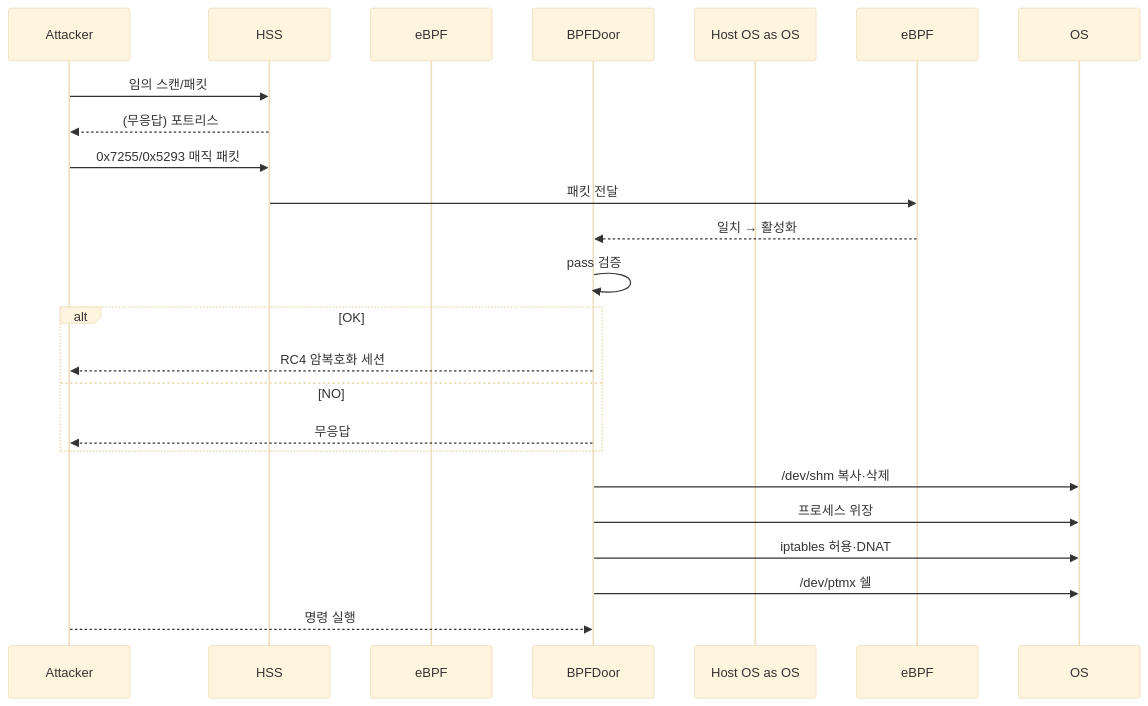
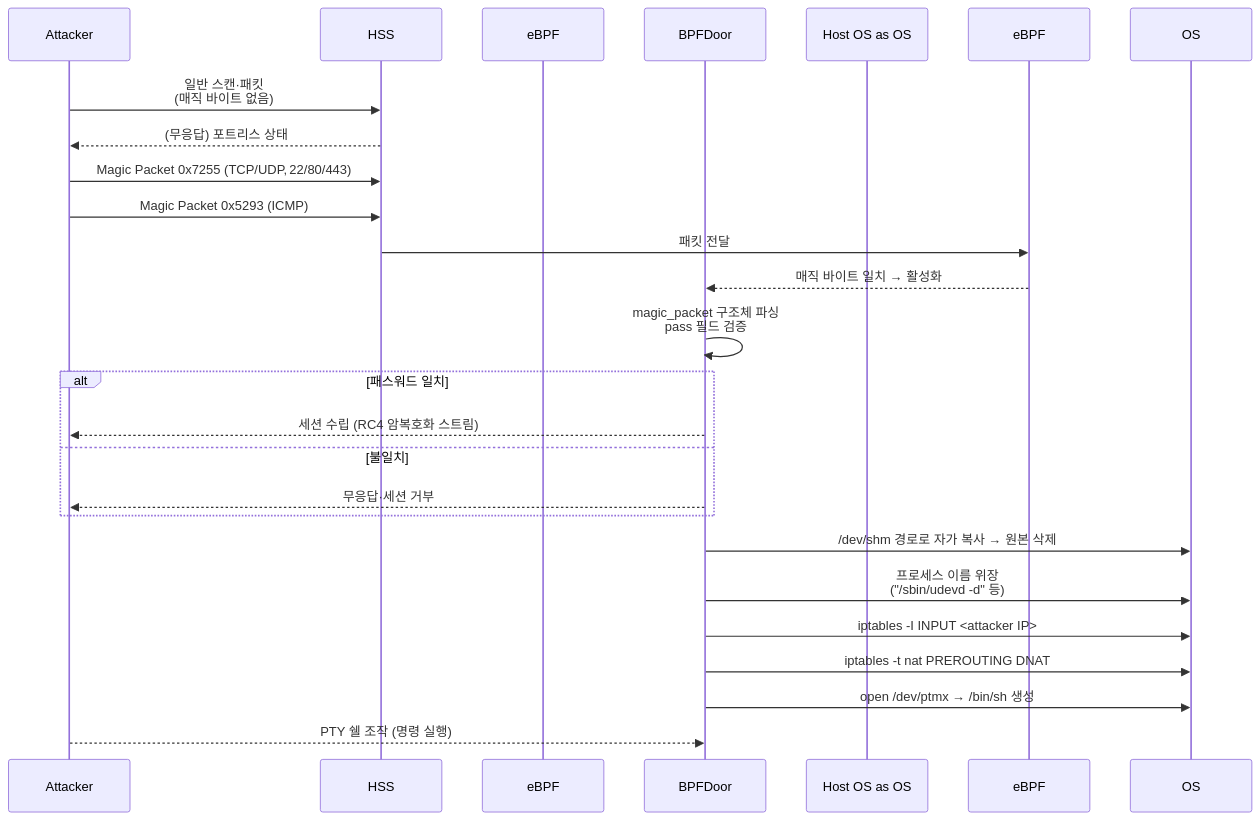
Before and after one commit to qubitsec/blog: the diagram in content/ko/respond/bpfdoor.md, drawn with Mermaid. The commit also changed other lines of this file, not shown here.

````diff
--- a/content/ko/respond/bpfdoor.md
+++ b/content/ko/respond/bpfdoor.md
@@ -65,31 +65,33 @@
 ```mermaid
-%%{ init: { "theme": "base" } }%%
 sequenceDiagram
+    %% Participants
     participant Attacker
     participant HSS
     participant Kernel/eBPF as eBPF
     participant BPFDoor
     participant Host OS as OS
 
-    %% 1) 매직 바이트
-    Attacker->>HSS: 임의 스캔/패킷
-    HSS-->>Attacker: (무응답) 포트리스
-    Attacker->>HSS: 0x7255/0x5293 매직 패킷
+    %% ① 매직 바이트 & 다중 프로토콜
+    Attacker->>HSS: 일반 스캔·패킷<br/>(매직 바이트 없음)
+    HSS-->>Attacker: (무응답) 포트리스 상태
+    Attacker->>HSS: Magic Packet 0x7255 (TCP/UDP, 22/80/443)
+    Attacker->>HSS: Magic Packet 0x5293 (ICMP)
     HSS->>eBPF: 패킷 전달
-    eBPF-->>BPFDoor: 일치 → 활성화
+    eBPF-->>BPFDoor: 매직 바이트 일치 → 활성화
 
-    %% 2) 패스워드·RC4
-    BPFDoor->>BPFDoor: pass 검증
-    alt OK
-        BPFDoor-->>Attacker: RC4 암복호화 세션
-    else NO
-        BPFDoor-->>Attacker: 무응답
+    %% ② RC4 암호화·패스워드 인증
+    BPFDoor->>BPFDoor: magic_packet 구조체 파싱<br/>pass 필드 검증
+    alt 패스워드 일치
+        BPFDoor-->>Attacker: 세션 수립 (RC4 암복호화 스트림)
+    else 불일치
+        BPFDoor-->>Attacker: 무응답·세션 거부
     end
 
-    %% 3) 은폐·지속화
-    BPFDoor->>OS: /dev/shm 복사·삭제
-    BPFDoor->>OS: 프로세스 위장
-    BPFDoor->>OS: iptables 허용·DNAT
-    BPFDoor->>OS: /dev/ptmx 쉘
-    Attacker-->>BPFDoor: 명령 실행
+    %% ③ 은폐·지속화 단계
+    BPFDoor->>OS: /dev/shm 경로로 자가 복사 → 원본 삭제
+    BPFDoor->>OS: 프로세스 이름 위장<br/>("/sbin/udevd -d" 등)
+    BPFDoor->>OS: iptables -I INPUT <attacker IP>
+    BPFDoor->>OS: iptables -t nat PREROUTING DNAT
+    BPFDoor->>OS: open /dev/ptmx → /bin/sh 생성
+    Attacker-->>BPFDoor: PTY 쉘 조작 (명령 실행)
 ```
````
